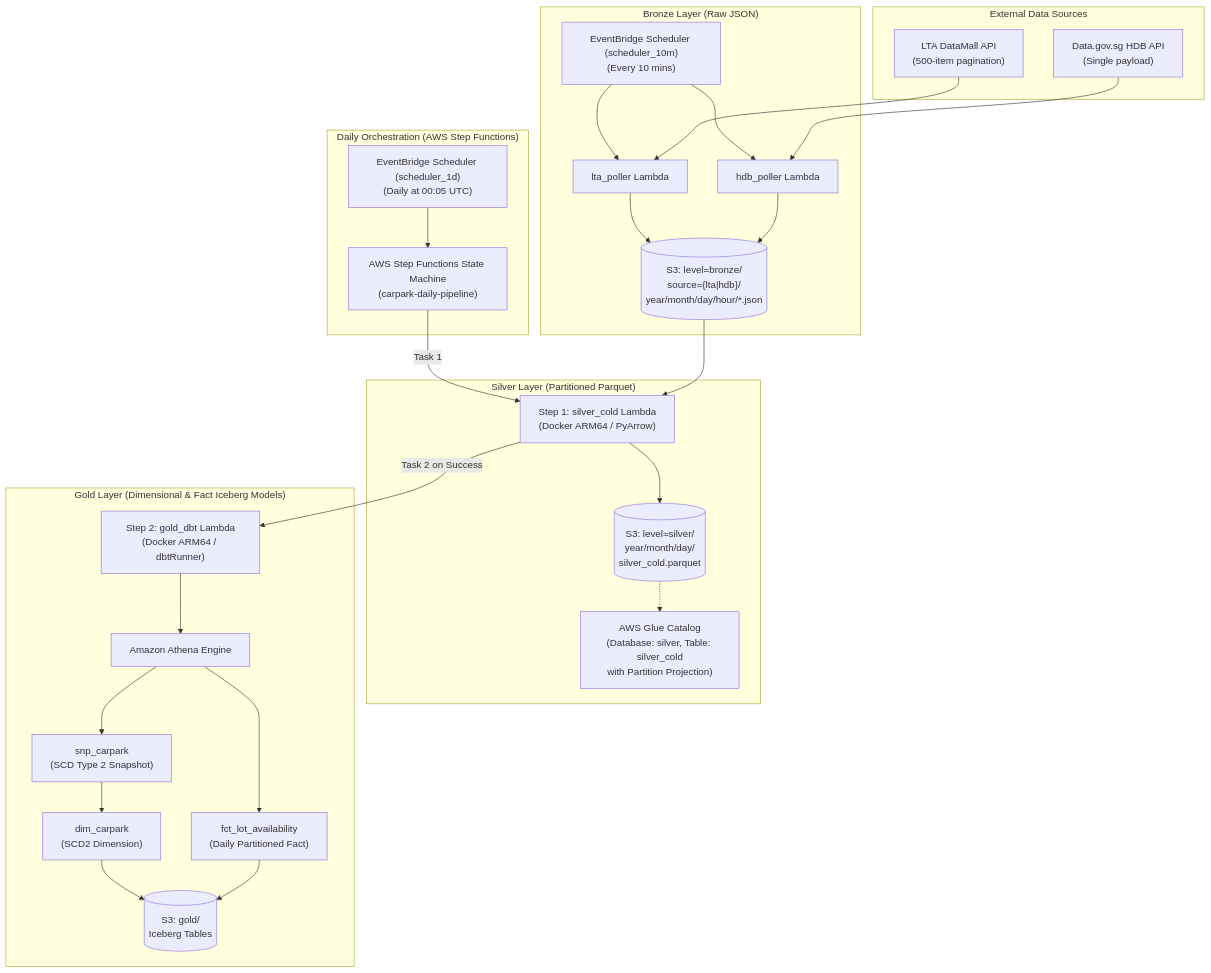
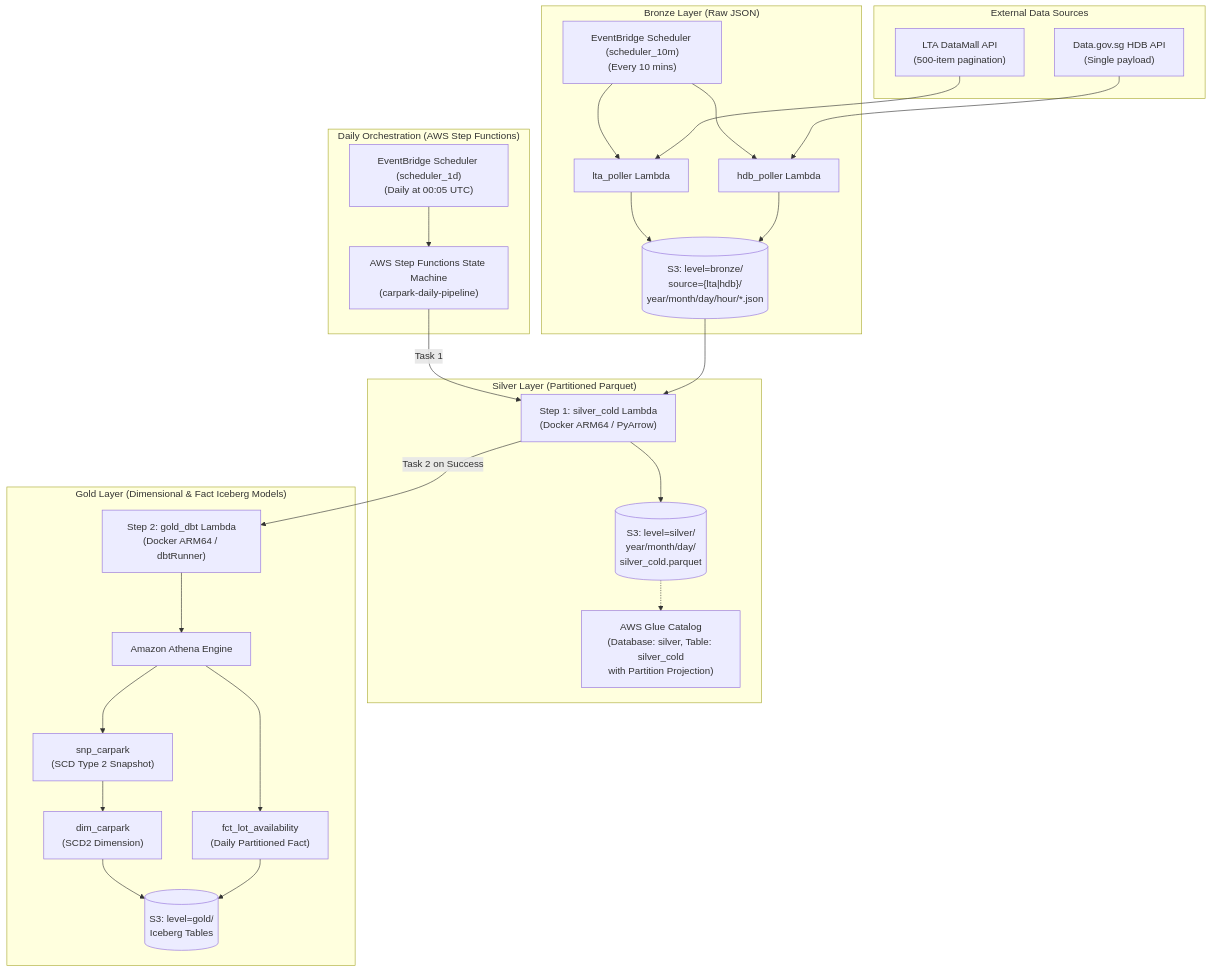
Before and after one commit to ShengHaozz/Carpark-Availabilities-Data: the diagram in docs/overview.md, drawn with Mermaid. The commit also changed 4 other files, not shown here.

Commit message:
feat(gold): rename S3 gold folder to level=gold

````diff
--- a/docs/overview.md
+++ b/docs/overview.md
@@ -11,52 +11,52 @@
 ```mermaid
 flowchart TD
     subgraph Sources ["External Data Sources"]
         LTA["LTA DataMall API\n(500-item pagination)"]
         HDB["Data.gov.sg HDB API\n(Single payload)"]
     end
 
     subgraph Bronze ["Bronze Layer (Raw JSON)"]
         EB_Bronze["EventBridge Scheduler (scheduler_10m)\n(Every 10 mins)"]
         Lambda_LTA["lta_poller Lambda"]
         Lambda_HDB["hdb_poller Lambda"]
         S3_Bronze[("S3: level=bronze/\nsource={lta|hdb}/\nyear/month/day/hour/*.json")]
         
         EB_Bronze --> Lambda_LTA & Lambda_HDB
         LTA --> Lambda_LTA
         HDB --> Lambda_HDB
         Lambda_LTA & Lambda_HDB --> S3_Bronze
     end
 
     subgraph DailyOrchestration ["Daily Orchestration (AWS Step Functions)"]
         EB_Silver["EventBridge Scheduler (scheduler_1d)\n(Daily at 00:05 UTC)"]
         SFN["AWS Step Functions State Machine\n(carpark-daily-pipeline)"]
         
         EB_Silver --> SFN
     end
 
     subgraph Silver ["Silver Layer (Partitioned Parquet)"]
         Lambda_Silver["Step 1: silver_cold Lambda\n(Docker ARM64 / PyArrow)"]
         S3_Silver[("S3: level=silver/\nyear/month/day/\nsilver_cold.parquet")]
         Glue_Silver["AWS Glue Catalog\n(Database: silver, Table: silver_cold\nwith Partition Projection)"]
 
         SFN -->|Task 1| Lambda_Silver
         S3_Bronze --> Lambda_Silver
         Lambda_Silver --> S3_Silver
         S3_Silver -.-> Glue_Silver
     end
 
     subgraph Gold ["Gold Layer (Dimensional & Fact Iceberg Models)"]
         Lambda_Gold["Step 2: gold_dbt Lambda\n(Docker ARM64 / dbtRunner)"]
         Athena["Amazon Athena Engine"]
         Snapshots["snp_carpark\n(SCD Type 2 Snapshot)"]
         DimCarpark["dim_carpark\n(SCD2 Dimension)"]
         FctAvailability["fct_lot_availability\n(Daily Partitioned Fact)"]
-        S3_Gold[("S3: gold/\nIceberg Tables")]
+        S3_Gold[("S3: level=gold/\nIceberg Tables")]
 
         Lambda_Silver -->|Task 2 on Success| Lambda_Gold
         Lambda_Gold --> Athena
         Athena --> Snapshots --> DimCarpark
         Athena --> FctAvailability
         DimCarpark & FctAvailability --> S3_Gold
     end
 ```
````
